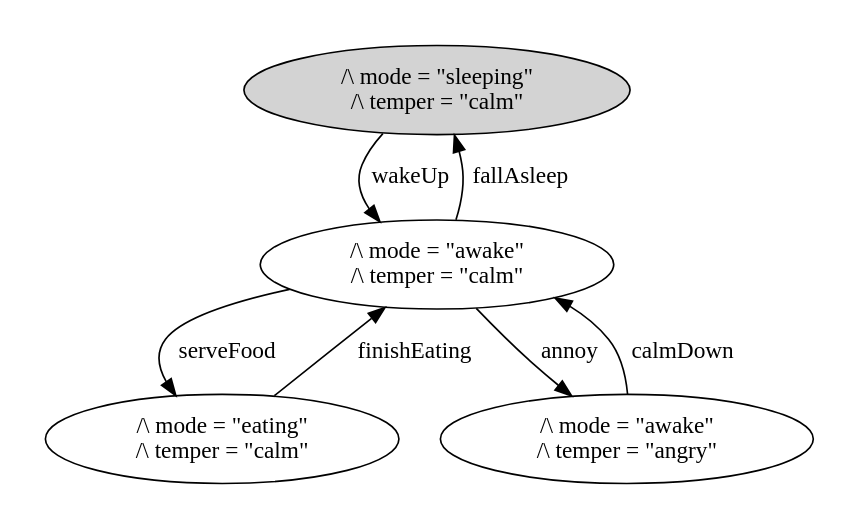
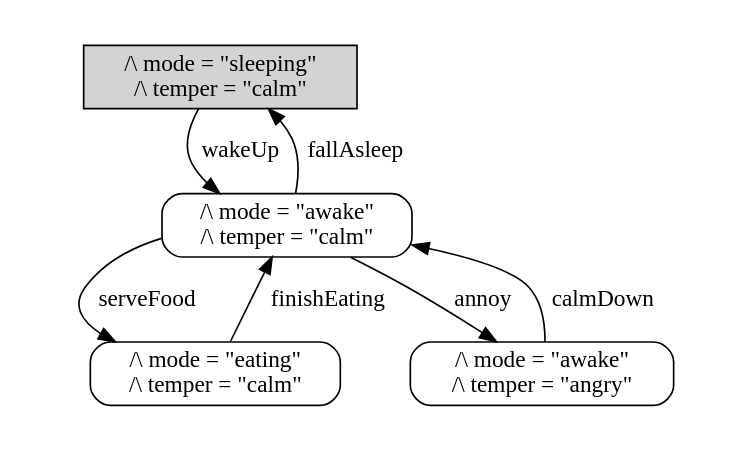
The diagram in .generated-machines/Dog/pr/Dog.dot (kingbootoshi/tla-precheck), drawn with Graphviz before and after one commit. The commit also changed 28 other files, not shown here.

```diff
--- a/.generated-machines/Dog/pr/Dog.dot
+++ b/.generated-machines/Dog/pr/Dog.dot
@@ -1,19 +1,20 @@
 strict digraph DiskGraph {
+node [shape=box,style=rounded]
 nodesep=0.35;
 subgraph cluster_graph {
 color="white";
-542279054448475688 [label="/\\ mode = \"sleeping\"\n/\\ temper = \"calm\"",style = filled]
-542279054448475688 -> 7231163500475248547 [label="wakeUp",color="black",fontcolor="black"];
-7231163500475248547 [label="/\\ mode = \"awake\"\n/\\ temper = \"calm\""];
-7231163500475248547 -> 542279054448475688 [label="fallAsleep",color="black",fontcolor="black"];
-7231163500475248547 -> -2560078536170404903 [label="serveFood",color="black",fontcolor="black"];
--2560078536170404903 [label="/\\ mode = \"eating\"\n/\\ temper = \"calm\""];
-7231163500475248547 -> 1375773954887937871 [label="annoy",color="black",fontcolor="black"];
-1375773954887937871 [label="/\\ mode = \"awake\"\n/\\ temper = \"angry\""];
--2560078536170404903 -> 7231163500475248547 [label="finishEating",color="black",fontcolor="black"];
-1375773954887937871 -> 7231163500475248547 [label="calmDown",color="black",fontcolor="black"];
-{rank = same; 542279054448475688;}
-{rank = same; 7231163500475248547;}
-{rank = same; 1375773954887937871;-2560078536170404903;}
+-2833352619209817277 [label="/\\ mode = \"sleeping\"\n/\\ temper = \"calm\"",style = filled]
+-2833352619209817277 -> -2792889743224789950 [label="wakeUp",color="black",fontcolor="black"];
+-2792889743224789950 [label="/\\ mode = \"awake\"\n/\\ temper = \"calm\"",tooltip="/\\ mode = \"awake\"\n/\\ temper = \"calm\""];
+-2792889743224789950 -> -2833352619209817277 [label="fallAsleep",color="black",fontcolor="black"];
+-2792889743224789950 -> -338572076291594741 [label="serveFood",color="black",fontcolor="black"];
+-338572076291594741 [label="/\\ mode = \"eating\"\n/\\ temper = \"calm\"",tooltip="/\\ mode = \"eating\"\n/\\ temper = \"calm\""];
+-2792889743224789950 -> -2255458970092564168 [label="annoy",color="black",fontcolor="black"];
+-2255458970092564168 [label="/\\ mode = \"awake\"\n/\\ temper = \"angry\"",tooltip="/\\ mode = \"awake\"\n/\\ temper = \"angry\""];
+-338572076291594741 -> -2792889743224789950 [label="finishEating",color="black",fontcolor="black"];
+-2255458970092564168 -> -2792889743224789950 [label="calmDown",color="black",fontcolor="black"];
+{rank = same; -2833352619209817277;}
+{rank = same; -2792889743224789950;}
+{rank = same; -2255458970092564168;-338572076291594741;}
 }
 }
```
